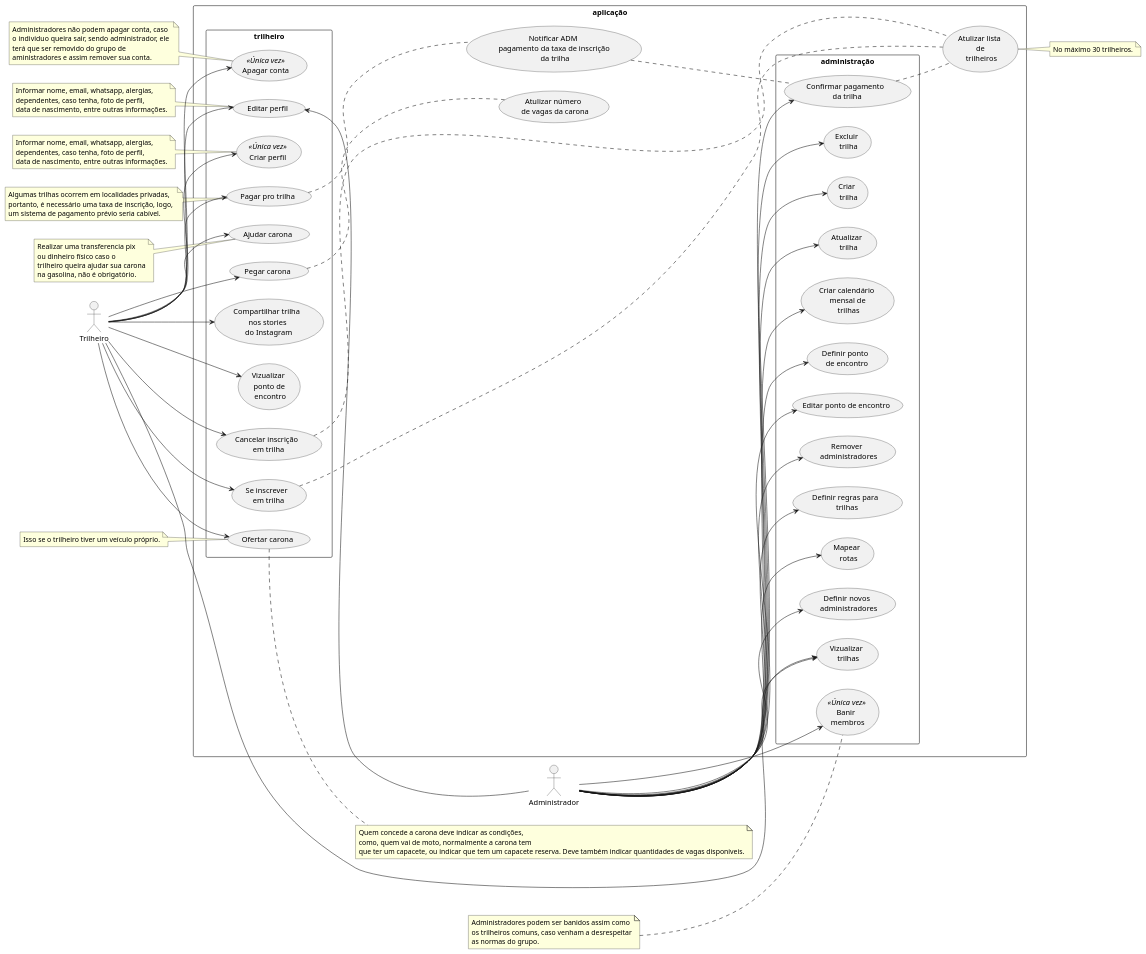
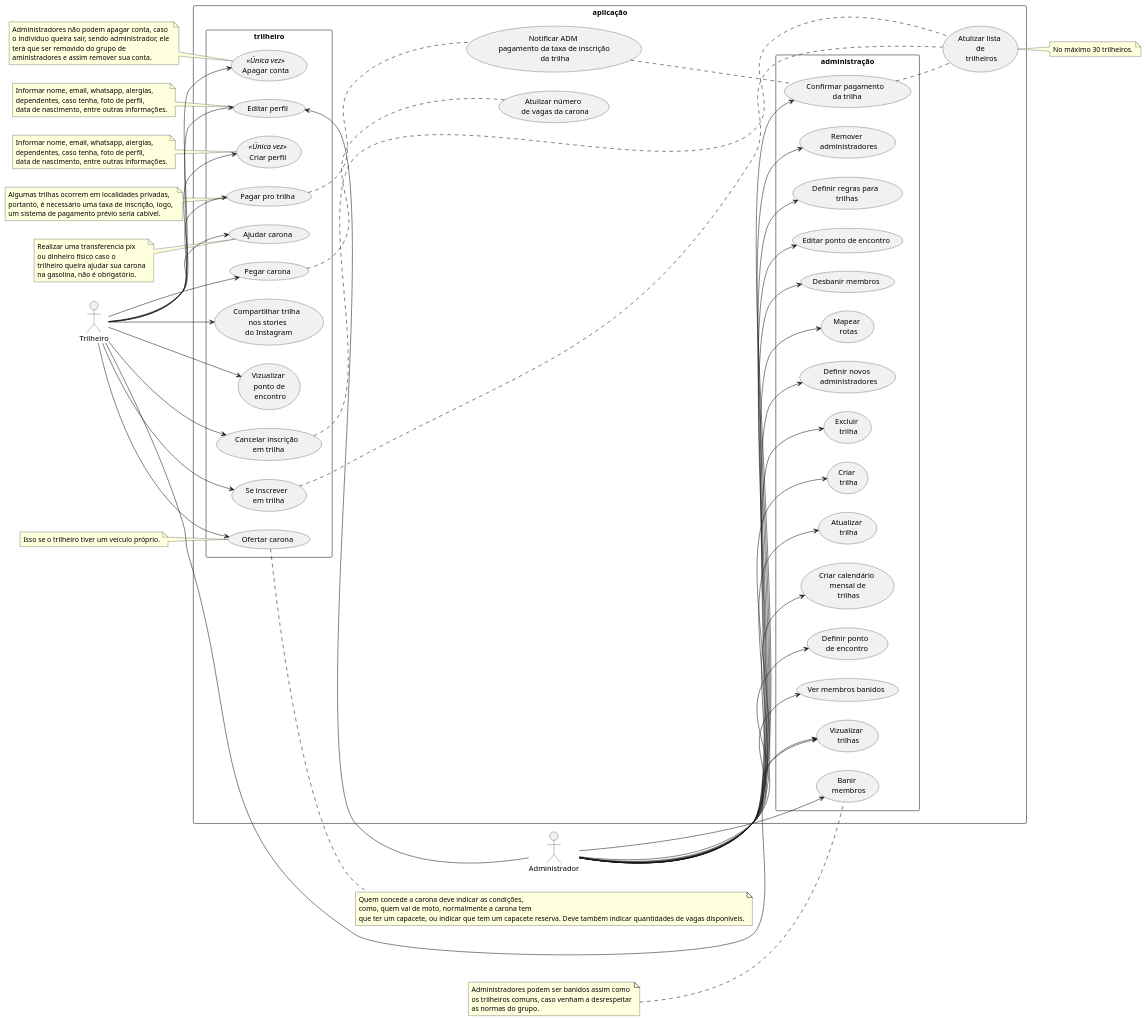
One commit to tiagors09/pe_na_pedra changed the diagram in docs/diagrams/src/pe-na-pedra-usecase.plantuml. Above: the diagram before and after it, drawn with PlantUML. The commit also changed 1 other file, not shown here.

Commit message:
docs: :memo: Update usecase diagram

```diff
--- a/docs/diagrams/src/pe-na-pedra-usecase.plantuml
+++ b/docs/diagrams/src/pe-na-pedra-usecase.plantuml
@@ -1,132 +1,135 @@
 @startuml pe-na-pedra
 left to right direction
 
 :Administrador: as adm
 :Trilheiro: as tr
 
 rectangle aplicação {
   rectangle administração {
-    usecase (Banir \n membros) as uc1 <<Única vez>>
+    usecase (Banir \n membros) as uc1
     usecase (Mapear \n rotas) as uc2
     usecase (Excluir \n trilha) as uc5
     usecase (Vizualizar \n trilhas) as uc3
     usecase (Criar \n trilha) as uc4
     usecase (Atualizar \n trilha) as uc6
     usecase (Criar calendário \n mensal de \n trilhas) as uc7
     usecase (Definir ponto \n de encontro) as uc22
     usecase (Confirmar pagamento \n da trilha) as uc23
     usecase (Definir novos \n administradores) as uc13
     usecase (Remover \n administradores) as uc18
     usecase (Definir regras para \n trilhas) as uc19
     usecase (Editar ponto de encontro) as uc26
+    usecase (Desbanir membros) as uc28
+    usecase (Ver membros banidos) as uc29
   }
   
   rectangle trilheiro {
     usecase (Vizualizar \n ponto de \n encontro) as uc8
     usecase (Se inscrever \n em trilha) as uc9
     usecase (Ofertar carona) as uc10
     usecase (Pegar carona) as uc11
     usecase (Criar perfil) <<Única vez>> as uc20
     usecase (Ajudar carona) as uc12
     usecase (Compartilhar trilha \n nos stories \n do Instagram) as uc14
     usecase (Cancelar inscrição \n em trilha) as uc15
     usecase (Editar perfil) as uc16
     usecase (Apagar conta) as uc17 <<Única vez>>
-    usecase (Pagar pro trilha) as uc21
-    
+    usecase (Pagar pro trilha) as uc21 
   }
 
   usecase (Atulizar lista \n de \n trilheiros) as uc24
   usecase (Atulizar número \n de vagas da carona) as uc25
   usecase (Notificar ADM \n pagamento da taxa de inscrição \n da trilha) as uc27
 
   uc15 .. uc24
   uc9 .. uc24
   uc23 .. uc24
   uc11 .. uc25
   uc21 .. uc27
   uc27 .. uc23
 }
 
 
 note right of uc24
   No máximo 30 trilheiros.
 end note
  
 
 note left of uc1
   Administradores podem ser banidos assim como
   os trilheiros comuns, caso venham a desrespeitar
   as normas do grupo.
 end note
 
 note left of uc17
   Administradores não podem apagar conta, caso
   o individuo queira sair, sendo administrador, ele 
   terá que ser removido do grupo de 
   aministradores e assim remover sua conta.
 end note
 
 note left of uc16
   Informar nome, email, whatsapp, alergias,
   dependentes, caso tenha, foto de perfil,
   data de nascimento, entre outras informações.
 end note
 
 note left of uc20
   Informar nome, email, whatsapp, alergias,
   dependentes, caso tenha, foto de perfil,
   data de nascimento, entre outras informações.
 end note
 
 note left of uc21
   Algumas trilhas ocorrem em localidades privadas,
   portanto, é necessário uma taxa de inscrição, logo, 
   um sistema de pagamento prévio seria cabível.
 end note
 
 note left of uc12
   Realizar uma transferencia pix 
   ou dinheiro físico caso o 
   trilheiro queira ajudar sua carona
   na gasolina, não é obrigatório.
 end note
 
 note right of uc10 
   Quem concede a carona deve indicar as condições,
   como, quem vai de moto, normalmente a carona tem
   que ter um capacete, ou indicar que tem um capacete reserva. Deve também indicar quantidades de vagas disponiveis.
 end note
 
 note left of uc10 
   Isso se o trilheiro tiver um veículo próprio.
 end note
 
 adm -left-> uc1
 adm -left-> uc2
 adm -left-> uc3
 adm --> uc4
 adm --> uc5
 adm --> uc6
 adm --> uc7
 adm -left-> uc13
 adm --> uc16
 adm --> uc18
 adm --> uc19
 adm --> uc23
 adm --> uc22
 adm --> uc26
+adm --> uc28
+adm --> uc29
 
 tr --> uc3
 tr --> uc8
 tr -left-> uc9
 tr -left-> uc10
 tr -left-> uc11
 tr -left-> uc12
 tr --> uc14
 tr --> uc15
 tr --> uc16
 tr --> uc17
 tr --> uc20
 tr --> uc21
 @enduml
```
